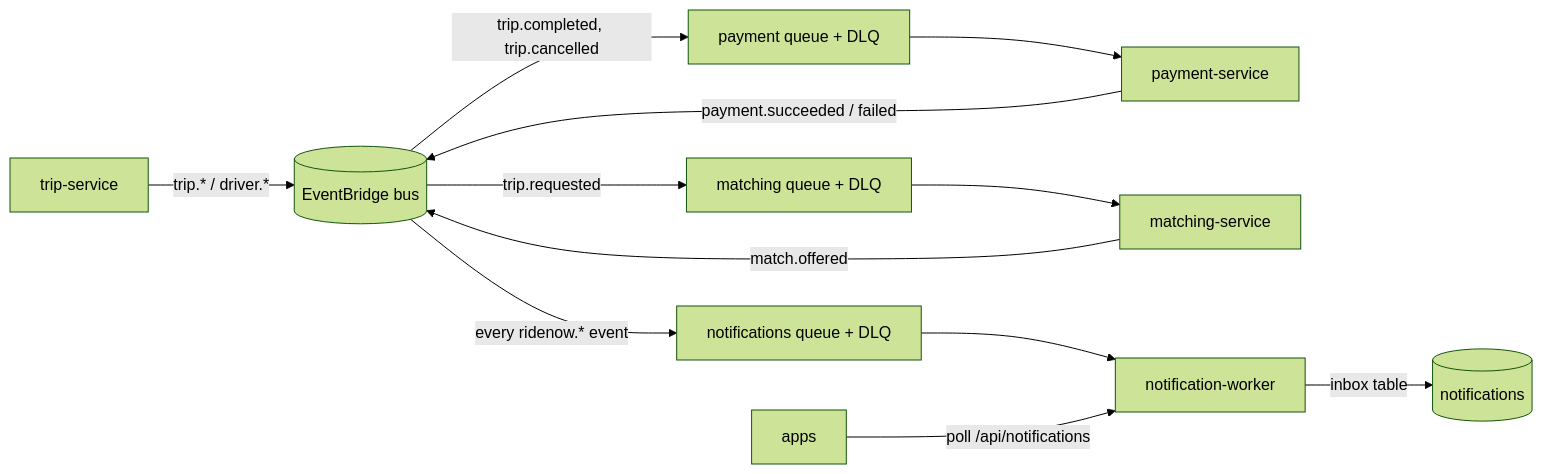
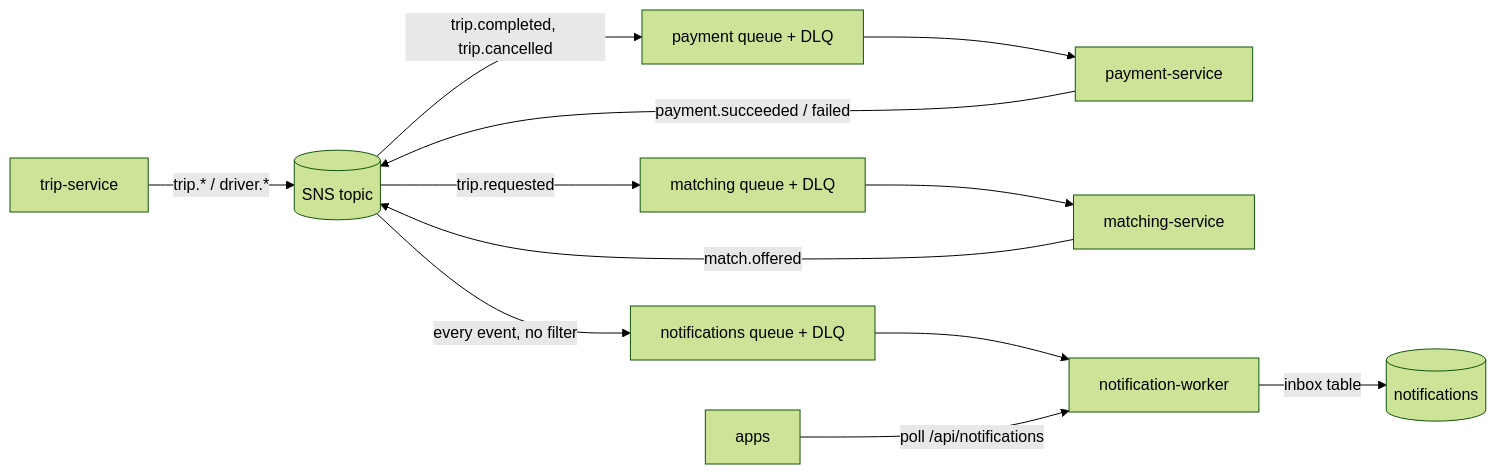
One commit to alixblu/RideNow changed the diagram in docs/ARCHITECTURE.md. Above: the diagram before and after it, drawn with Mermaid (forest theme). The commit also changed other lines of this file and 62 other files, not shown here.

Commit message:
feat(messaging,services): migrate from EventBridge to SNS for event publishing

````diff
--- a/docs/ARCHITECTURE.md
+++ b/docs/ARCHITECTURE.md
@@ -104,11 +104,11 @@
 ```mermaid
 flowchart LR
-  T[trip-service] -->|trip.* / driver.*| EB[(EventBridge bus)]
+  T[trip-service] -->|trip.* / driver.*| EB[(SNS topic)]
   P[payment-service] -->|payment.succeeded / failed| EB
   M[matching-service] -->|match.offered| EB
   EB -->|trip.requested| QM[matching queue + DLQ] --> M
   EB -->|trip.completed, trip.cancelled| QP[payment queue + DLQ] --> P
-  EB -->|every ridenow.* event| QN[notifications queue + DLQ] --> N[notification-worker]
+  EB -->|every event, no filter| QN[notifications queue + DLQ] --> N[notification-worker]
   N -->|inbox table| I[(notifications)]
   A[apps] -->|poll /api/notifications| N
 ```
````
